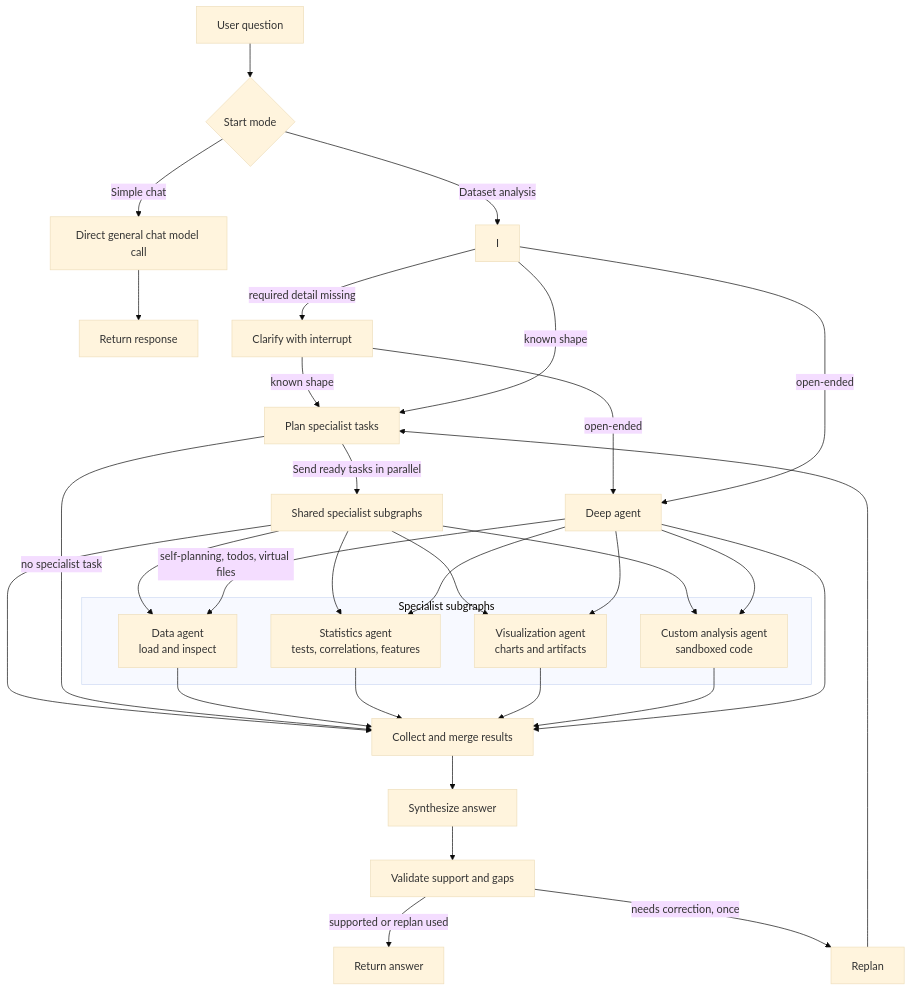
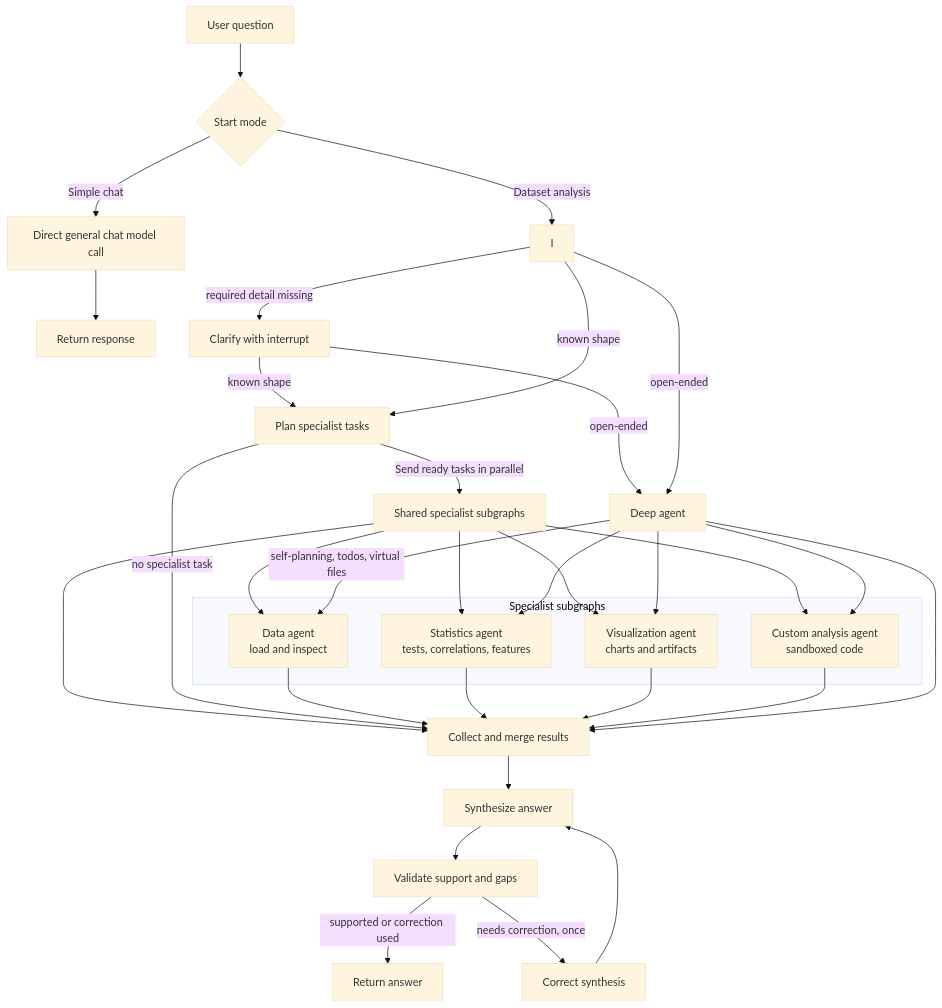
One commit to 88akshit/winnow changed the diagram in README.md. Above: the diagram before and after it, drawn with Mermaid (base theme). The commit also changed other lines of this file and 1 other file, not shown here.

````diff
--- a/README.md
+++ b/README.md
@@ -9,40 +9,40 @@
 ```mermaid
 flowchart TD
     U[User question] --> M{Start mode}
     M -->|Simple chat| SC[Direct general chat model call]
     SC --> SR[Return response]
     M -->|Dataset analysis| I
     I -->|required detail missing| C[Clarify with interrupt]
     C -->|known shape| P[Plan specialist tasks]
     C -->|open-ended| DA[Deep agent]
     I -->|known shape| P
     I -->|open-ended| DA
     P -->|Send ready tasks in parallel| S[Shared specialist subgraphs]
     S --> K[Collect and merge results]
     P -->|no specialist task| K
     K --> Y[Synthesize answer]
     Y --> V[Validate support and gaps]
-    V -->|supported or replan used| F[Return answer]
-    V -->|needs correction, once| R[Replan]
-    R --> P
+    V -->|supported or correction used| F[Return answer]
+    V -->|needs correction, once| R[Correct synthesis]
+    R --> Y
 
     subgraph AGENTS["Specialist subgraphs"]
     D[Data agent<br/>load and inspect]
     A[Statistics agent<br/>tests, correlations, features]
     Z[Visualization agent<br/>charts and artifacts]
     X[Custom analysis agent<br/>sandboxed code]
     end
     S --> D
     S --> A
     S --> Z
     S --> X
     DA -->|self-planning, todos, virtual files| D
     DA --> A
     DA --> Z
     DA --> X
     D --> K
     A --> K
     Z --> K
     X --> K
     DA --> K
 ```
````
